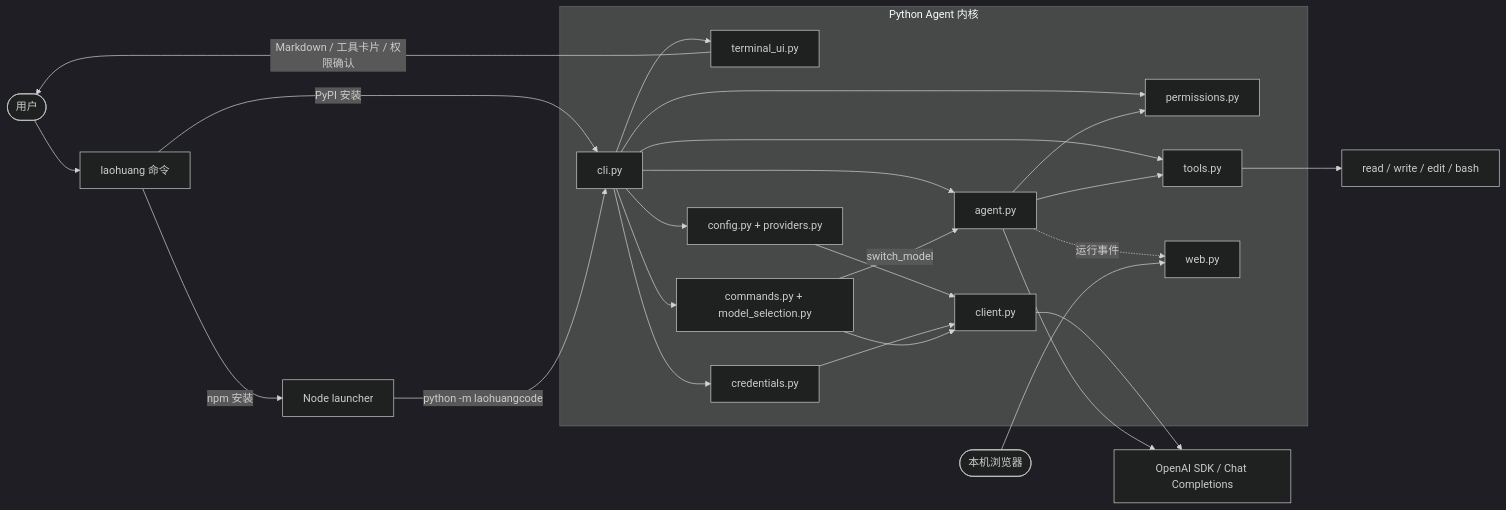
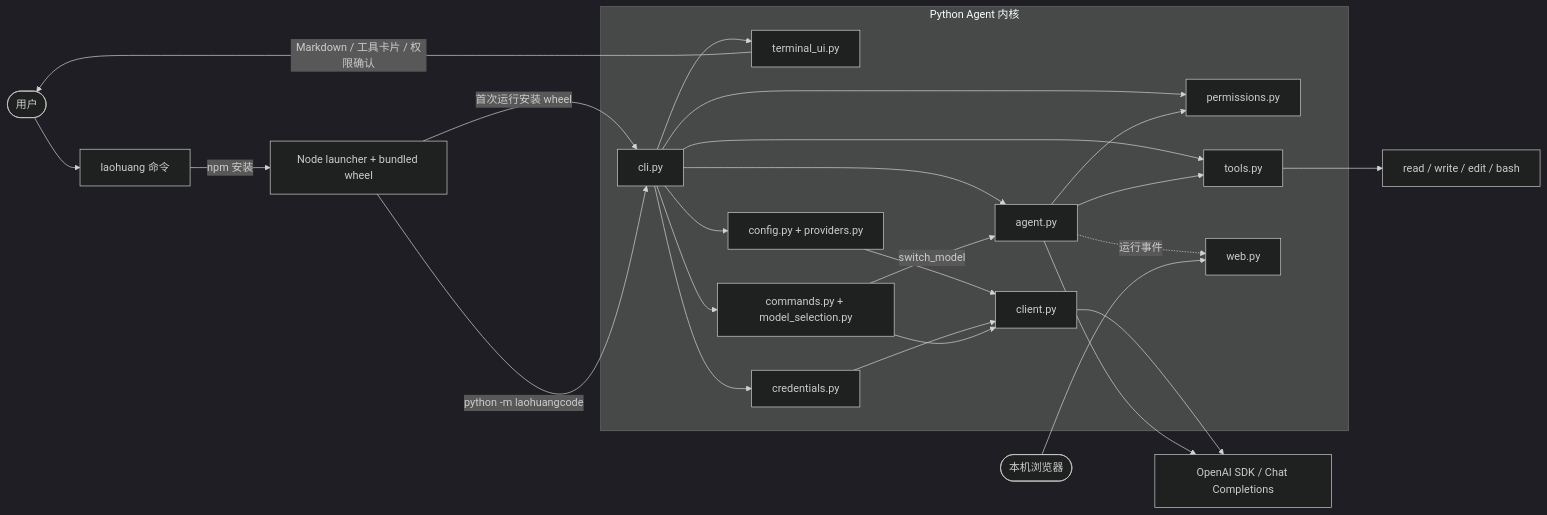
Before and after one commit to hxr223/laoHuangCode: the first of 2 diagrams in docs/architecture.md, drawn with Mermaid (dark theme). The commit also changed other lines of this file and 13 other files, not shown here.

````diff
--- a/docs/architecture.md
+++ b/docs/architecture.md
@@ -51,30 +52,30 @@
 ```mermaid
 flowchart LR
     User([用户]) --> Entry["laohuang 命令"]
-    Entry -->|PyPI 安装| CLI["cli.py"]
-    Entry -->|npm 安装| Launcher["Node launcher"]
+    Entry -->|npm 安装| Launcher["Node launcher + bundled wheel"]
+    Launcher -->|首次运行安装 wheel| CLI["cli.py"]
     Launcher -->|python -m laohuangcode| CLI
 
     subgraph Core["Python Agent 内核"]
         CLI --> TUI["terminal_ui.py"]
         CLI --> Profiles["config.py + providers.py"]
         CLI --> Secrets["credentials.py"]
         CLI --> Commands["commands.py + model_selection.py"]
         Profiles --> Client["client.py"]
         Secrets --> Client
         Commands --> Client
         CLI --> Agent["agent.py"]
         Commands -->|switch_model| Agent
         CLI --> Gate["permissions.py"]
         CLI --> Registry["tools.py"]
         Agent --> Gate
         Agent --> Registry
         Agent -.运行事件.-> Web["web.py"]
     end
 
     TUI -->|Markdown / 工具卡片 / 权限确认| User
     Client --> SDK["OpenAI SDK / Chat Completions"]
     Agent --> SDK
     Registry --> Tools["read / write / edit / bash"]
     Browser([本机浏览器]) --> Web
 ```
````
